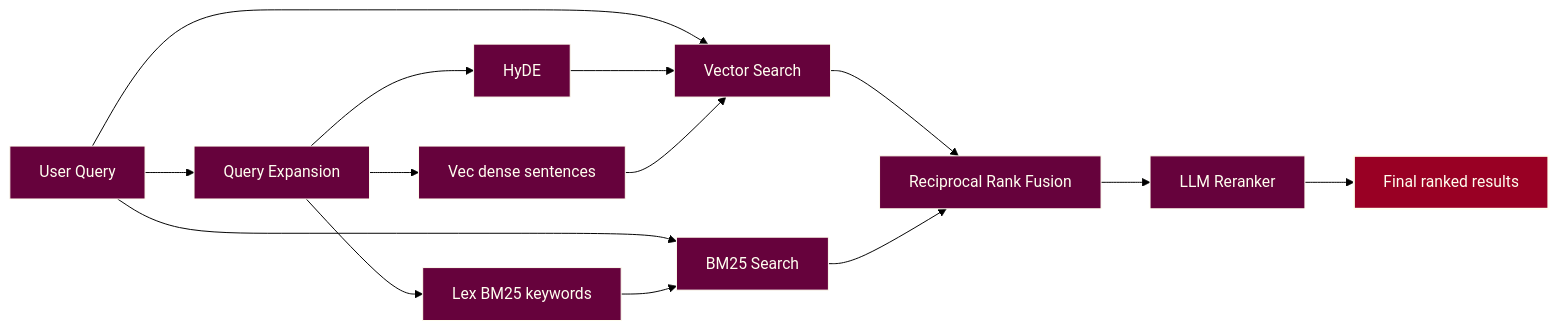
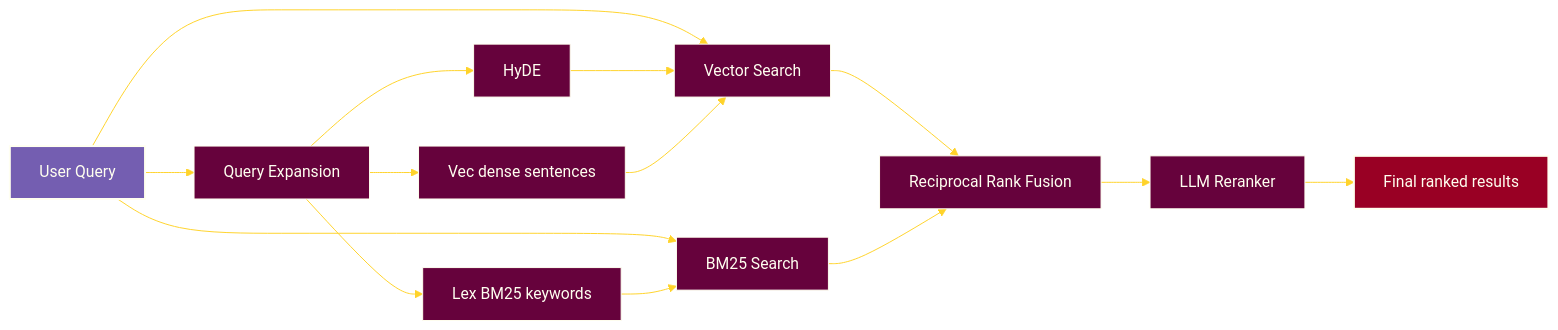
The diagram in README.md (ryanduguid/qmd), drawn with Mermaid before and after one commit.

Commit message:
docs: extend Mermaid accent palette (#11)

````diff
--- a/README.md
+++ b/README.md
@@ -12,18 +12,20 @@
 ```mermaid
 flowchart LR
-%%{init: {"theme": "base", "look": "classic", "themeVariables": {"background": "#000000", "primaryColor": "#66023C", "primaryTextColor": "#FFFFF0", "primaryBorderColor": "#FFFFF0", "lineColor": "#000000", "textColor": "#FFFFF0", "edgeLabelBackground": "#000000", "clusterBkg": "#000000", "clusterBorder": "#FFFFF0", "titleColor": "#FFFFF0"}, "themeCSS": ".flowchart-link, .relationshipLine, marker path { filter: drop-shadow(0px 1px 0px #FFFFF0) drop-shadow(0px -1px 0px #FFFFF0) drop-shadow(1px 0px 0px #FFFFF0) drop-shadow(-1px 0px 0px #FFFFF0); }"}}%%
+%%{init: {"theme": "base", "look": "classic", "themeVariables": {"background": "#000000", "primaryColor": "#66023C", "primaryTextColor": "#FFFFF0", "primaryBorderColor": "#FFFFF0", "lineColor": "#FFD32A", "textColor": "#FFFFF0", "edgeLabelBackground": "#000000", "clusterBkg": "#000000", "clusterBorder": "#9B7735", "titleColor": "#FFFFF0"}}}%%
   Q[User Query] --> X[Query Expansion]
   Q --> FTS[BM25 Search]
   Q --> VS[Vector Search]
   X --> HYDE[HyDE]
   X --> VEC[Vec dense sentences]
   X --> LEX[Lex BM25 keywords]
   HYDE --> VS
   VEC --> VS
   LEX --> FTS
   VS --> RRF[Reciprocal Rank Fusion]
   FTS --> RRF
   RRF --> RR[LLM Reranker]
   RR --> OUT[Final ranked results]
     style OUT fill:#990024,stroke:#FFFFF0,stroke-width:2px,color:#FFFFF0
+    classDef external fill:#745EB1,stroke:#FFFFF0,stroke-width:2px,color:#FFFFF0
+    class Q external
 ```
````
